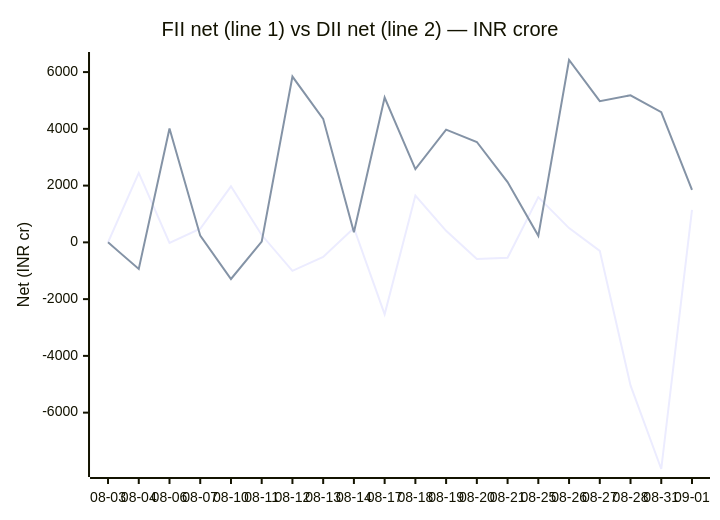
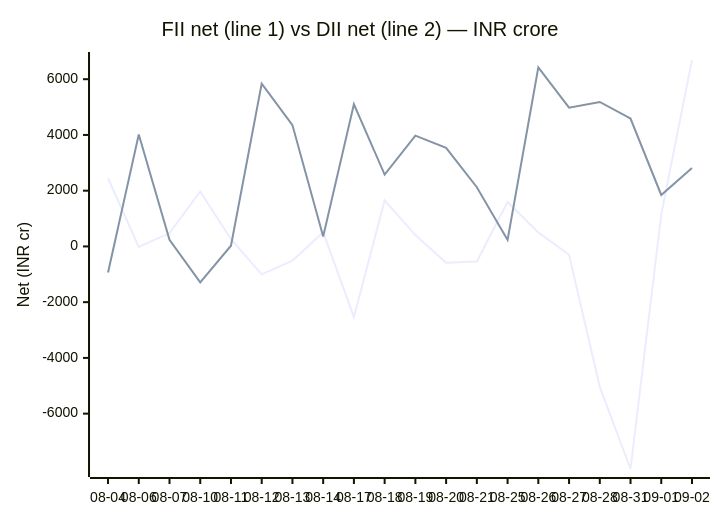
The second of 2 diagrams in README.md (chirag127/fii-dii-activity-api), drawn with Mermaid before and after one commit. The commit also changed 2 other files, not shown here.

Commit message:
data: scrape 2026-09-03

````diff
--- a/README.md
+++ b/README.md
@@ -53,8 +53,8 @@
 ```mermaid
 xychart-beta
     title "FII net (line 1) vs DII net (line 2) — INR crore"
-    x-axis ["08-03", "08-04", "08-06", "08-07", "08-10", "08-11", "08-12", "08-13", "08-14", "08-17", "08-18", "08-19", "08-20", "08-21", "08-25", "08-26", "08-27", "08-28", "08-31", "09-01"]
-    y-axis "Net (INR cr)" -7986 --> 6426
-    line [0, 2446.47, -17.86, 480.24, 1974.76, 258.55, -1002.5, -510.69, 508.12, -2535.1, 1651.53, 407.99, -583.36, -542.71, 1593.53, 502.63, -298.26, -5039.8, -7985.88, 1143.38]
-    line [0, -936.14, 4013.6, 235.56, -1290.29, 24.77, 5841.66, 4353.09, 356.4, 5101.46, 2579.31, 3973.72, 3537.71, 2124.14, 230.26, 6425.16, 4977.17, 5183.93, 4588.88, 1846.94]
+    x-axis ["08-04", "08-06", "08-07", "08-10", "08-11", "08-12", "08-13", "08-14", "08-17", "08-18", "08-19", "08-20", "08-21", "08-25", "08-26", "08-27", "08-28", "08-31", "09-01", "09-02"]
+    y-axis "Net (INR cr)" -7986 --> 6689
+    line [2446.47, -17.86, 480.24, 1974.76, 258.55, -1002.5, -510.69, 508.12, -2535.1, 1651.53, 407.99, -583.36, -542.71, 1593.53, 502.63, -298.26, -5039.8, -7985.88, 1143.38, 6688.37]
+    line [-936.14, 4013.6, 235.56, -1290.29, 24.77, 5841.66, 4353.09, 356.4, 5101.46, 2579.31, 3973.72, 3537.71, 2124.14, 230.26, 6425.16, 4977.17, 5183.93, 4588.88, 1846.94, 2812.98]
 ```
````
